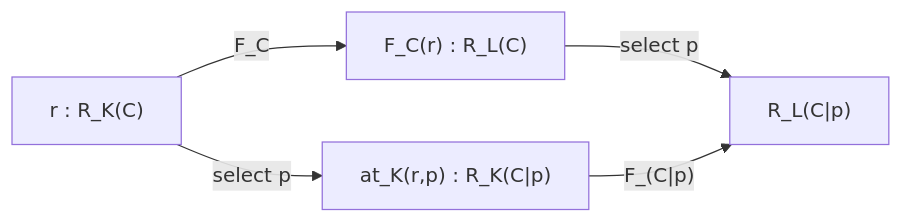
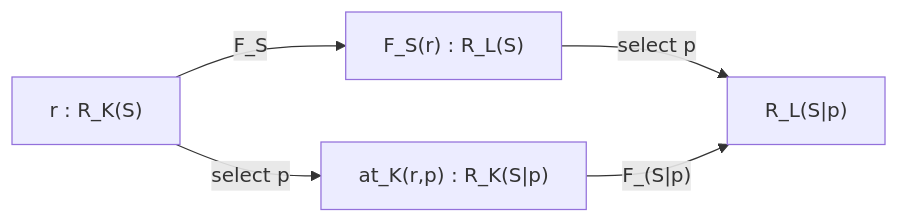
The first of 3 diagrams in docs/theory/foundations.md (Bitspark/nightseam), drawn with Mermaid before and after one commit. The commit also changed other lines of this file and 12 other files, not shown here.

````diff
--- a/docs/theory/foundations.md
+++ b/docs/theory/foundations.md
@@ -289,7 +527,7 @@
 ```mermaid
 flowchart LR
-    A["r : R_K(C)"] -->|"F_C"| B["F_C(r) : R_L(C)"]
-    A -->|"select p"| C["at_K(r,p) : R_K(C|p)"]
-    B -->|"select p"| D["R_L(C|p)"]
-    C -->|"F_(C|p)"| D
+    A["r : R_K(S)"] -->|"F_S"| B["F_S(r) : R_L(S)"]
+    A -->|"select p"| S["at_K(r,p) : R_K(S|p)"]
+    B -->|"select p"| D["R_L(S|p)"]
+    S -->|"F_(S|p)"| D
 ```
````
